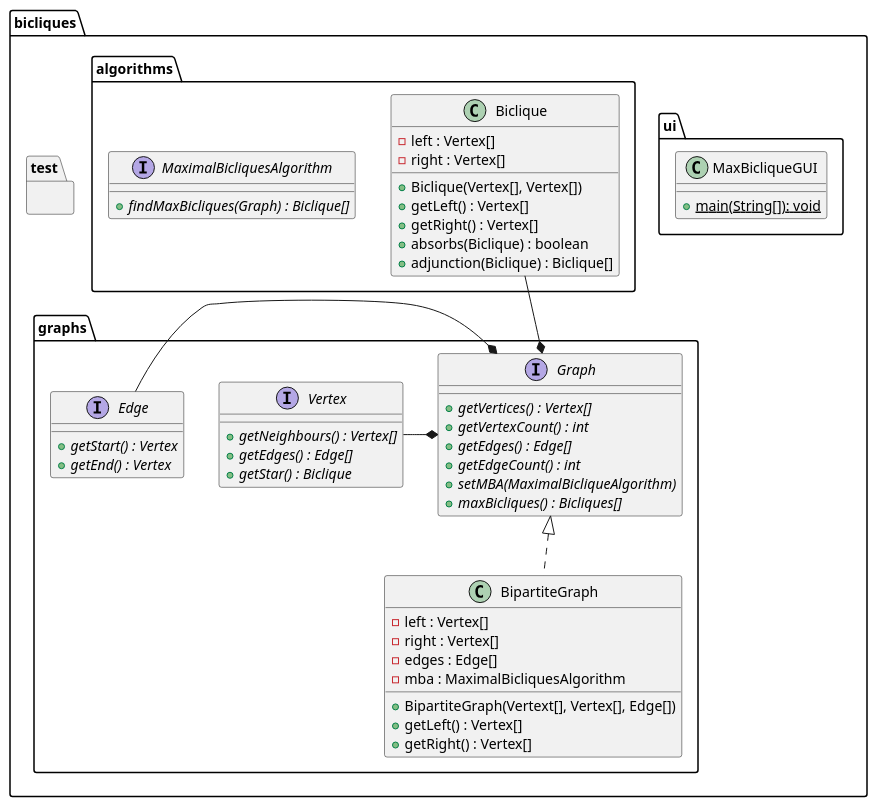
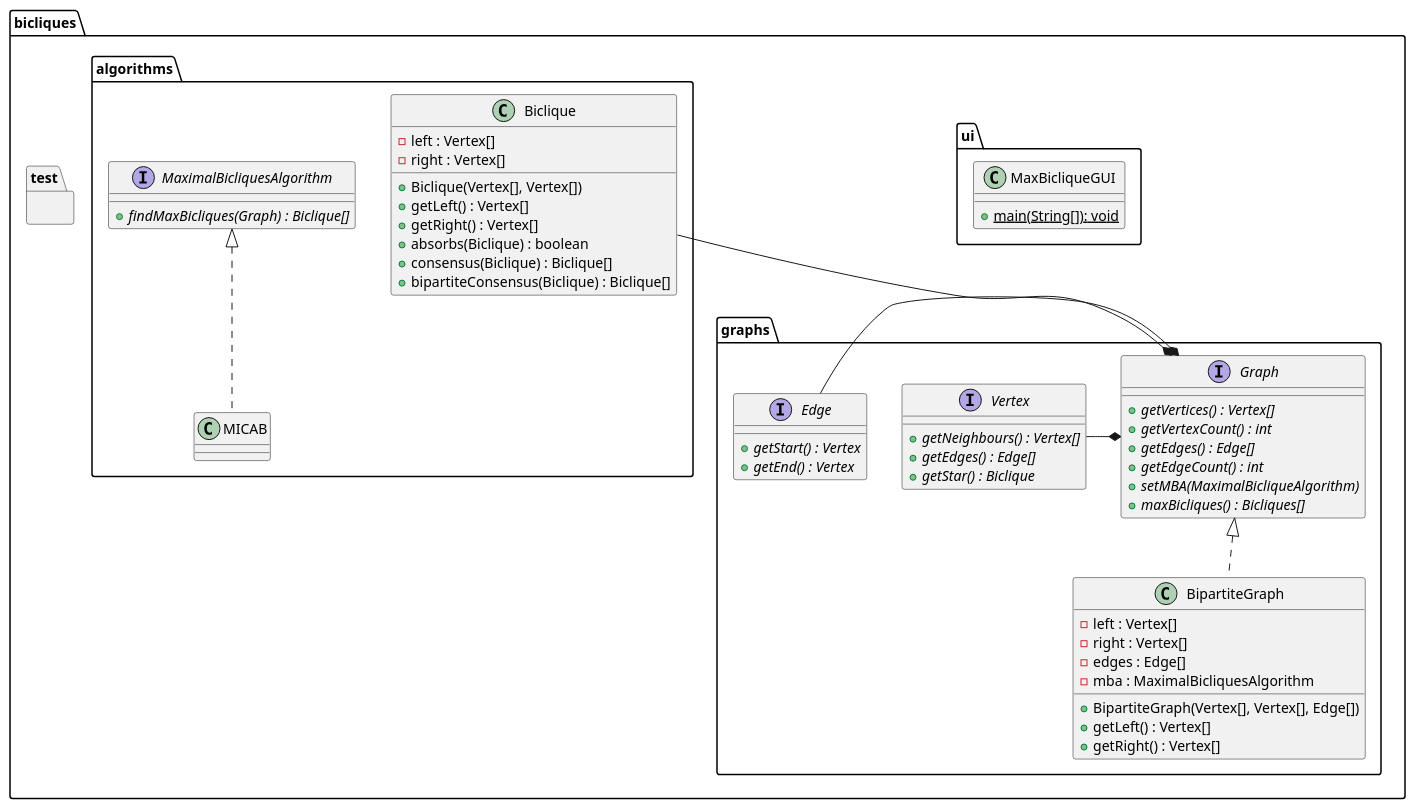
Before and after one commit to wirmius/max_bicliques: the diagram in class_diagram.puml, drawn with PlantUML.

Commit message:
typo, MICAB added

```diff
--- a/class_diagram.puml
+++ b/class_diagram.puml
@@ -19,108 +19,117 @@
 @startuml
 
 package bicliques {
 
 ' The graph section
 package bicliques.graphs {
 
   interface Graph {
     {method}{abstract} + getVertices() : Vertex[]
     {method}{abstract} + getVertexCount() : int
     {method}{abstract} + getEdges() : Edge[]
     {method}{abstract} + getEdgeCount() : int
     {method}{abstract} + setMBA(MaximalBicliqueAlgorithm)
     {method}{abstract} + maxBicliques() : Bicliques[]
   }
 
   interface Vertex {
     {method}{abstract} + getNeighbours() : Vertex[]
     {method}{abstract} + getEdges() : Edge[]
     {method}{abstract} + getStar() : Biclique
   }
   
   interface Edge {
     {method}{abstract} + getStart() : Vertex
     {method}{abstract} + getEnd() : Vertex
   }
 
   Vertex -* Graph
   Edge -* Graph
   
   class BipartiteGraph {
     {field} - left : Vertex[]
     {field} - right : Vertex[]
     {field} - edges : Edge[]
     {field} - mba : MaximalBicliquesAlgorithm
-    {method} + BipartiteGraph(Vertext[], Vertex[], Edge[])
+    {method} + BipartiteGraph(Vertex[], Vertex[], Edge[])
     {method} + getLeft() : Vertex[]
     {method} + getRight() : Vertex[]
   }
   
   Graph <|.. BipartiteGraph
   
 }
 
 
 ' The UI section
 package bicliques.ui {
 
 /'
 For the UI part I say we need to come up with something, that can read in
 the text files (I don't want to be copying and pasting stuff in the windows
 every time I use it). - MI.
 
 So do I. In my suggested screenshot of a possible UI the menu would provide
 - Input: load (from file) or from input in window
 - Output: save (to file)
 - Algorithm: choose between several implemented ones
 - Help: Description of algorithms and the common "About".
 -RK
 '/
 
   class MaxBicliqueGUI {
     {method}{static} + main(String[]): void
   }
 }
 
 ' The algorithms section
 package bicliques.algorithms {
 
   class Biclique {
     {field} - left : Vertex[]
     {field} - right : Vertex[]
 /'
 Why should we need access to a graph from a biclique? -RK
 '    {field} - graph : Graph
 '/
 	{method} + Biclique(Vertex[], Vertex[])
     {method} + getLeft() : Vertex[]
     {method} + getRight() : Vertex[]
 /'
 Why should we need access to a graph from a biclique? -RK
 '    {method} + getGraph() : Graph[] --o Graph
 '/
     {method} + absorbs(Biclique) : boolean
-    {method} + adjunction(Biclique) : Biclique[]
+    {method} + consensus(Biclique) : Biclique[]
+    {method} + bipartiteConsensus(Biclique) : Biclique[]
   }
 
   Biclique --* Graph
 
   interface MaximalBicliquesAlgorithm {
     {method}{abstract} + findMaxBicliques(Graph) : Biclique[]
   }
 
+  /'
+  MICA algorithm improved for bipartite graphs. -RK
+  '/
+  class MICAB {
+  }
+  
+  MaximalBicliquesAlgorithm <|.. MICAB
+  
 }
 
 package bicliques.test {
 
 /'
 The testing that we will need. I say we use junit 4 or 5
 to make it more streamlined. -MI
 I agree. -RK
 '/
 
 }
 
 }
 
 @enduml
```
